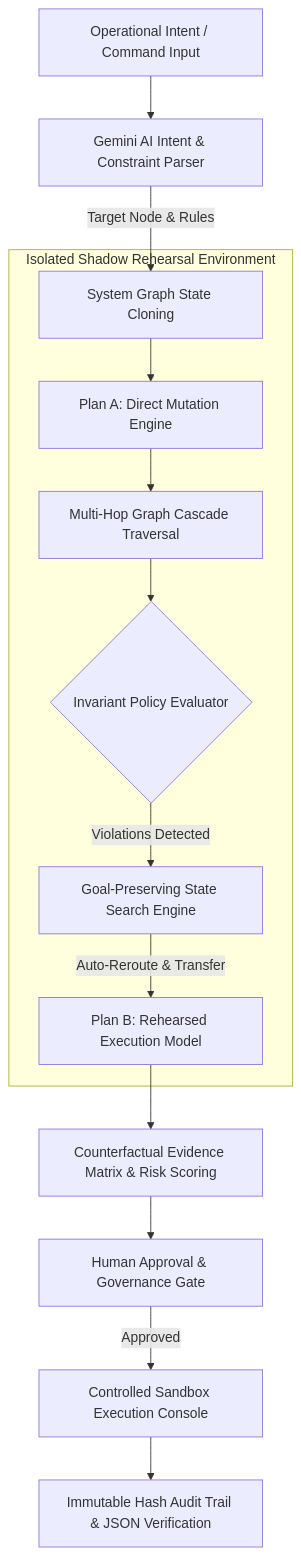
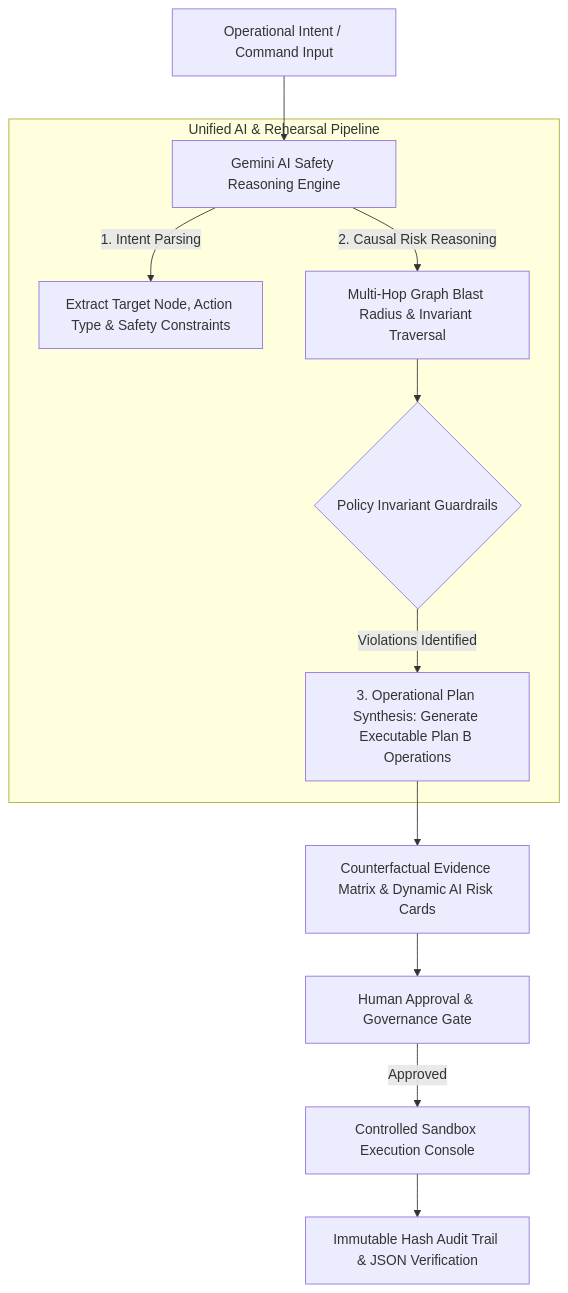
One commit to Madhavan20906/ShadowProof changed the diagram in README.md. Above: the diagram before and after it, drawn with Mermaid. The commit also changed other lines of this file, not shown here.

Commit message:
docs: update README to reflect Gemini AI Safety Reasoning Engine architecture

````diff
--- a/README.md
+++ b/README.md
@@ -30,19 +30,16 @@
 ```mermaid
 flowchart TD
-    A[Operational Intent / Command Input] --> B[Gemini AI Intent & Constraint Parser]
-    B -->|Target Node & Rules| C[System Graph State Cloning]
+    A[Operational Intent / Command Input] --> B[Gemini AI Safety Reasoning Engine]
     
-    subgraph Isolated Shadow Rehearsal Environment
-        C --> D[Plan A: Direct Mutation Engine]
-        D --> E[Multi-Hop Graph Cascade Traversal]
-        E --> F{Invariant Policy Evaluator}
-        
-        F -->|Violations Detected| G[Goal-Preserving State Search Engine]
-        G -->|Auto-Reroute & Transfer| H[Plan B: Rehearsed Execution Model]
+    subgraph Unified AI & Rehearsal Pipeline
+        B -->|1. Intent Parsing| C[Extract Target Node, Action Type & Safety Constraints]
+        B -->|2. Causal Risk Reasoning| D[Multi-Hop Graph Blast Radius & Invariant Traversal]
+        D --> E{Policy Invariant Guardrails}
+        E -->|Violations Identified| F[3. Operational Plan Synthesis: Generate Executable Plan B Operations]
     end
     
-    H --> I[Counterfactual Evidence Matrix & Risk Scoring]
-    I --> J[Human Approval & Governance Gate]
-    J -->|Approved| K[Controlled Sandbox Execution Console]
-    K --> L[Immutable Hash Audit Trail & JSON Verification]
+    F --> G[Counterfactual Evidence Matrix & Dynamic AI Risk Cards]
+    G --> H[Human Approval & Governance Gate]
+    H -->|Approved| I[Controlled Sandbox Execution Console]
+    I --> J[Immutable Hash Audit Trail & JSON Verification]
 ```
````
